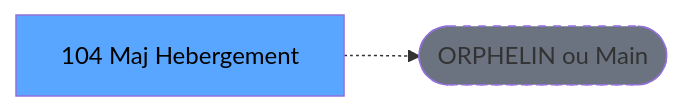
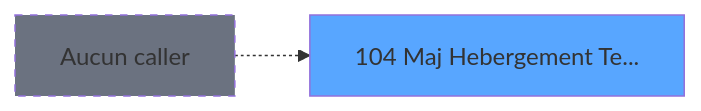
Before and after one commit to thonyAGP/lecteur-magic: the second of 3 diagrams in .openspec/specs/ADH-IDE-104.md, drawn with Mermaid. The commit also changed other lines of this file and 96 other files, not shown here.

````diff
--- a/.openspec/specs/ADH-IDE-104.md
+++ b/.openspec/specs/ADH-IDE-104.md
@@ -118,8 +161,8 @@
 ```mermaid
 graph LR
-    T[104 Maj Hebergement]
-    ORPHAN([ORPHELIN ou Main])
-    T -.-> ORPHAN
-    style T fill:#58a6ff,color:#000
-    style ORPHAN fill:#6b7280,stroke-dasharray: 5 5
+    T104[104 Maj Hebergement Te...]
+    style T104 fill:#58a6ff
+    NONE[Aucun caller]
+    NONE -.-> T104
+    style NONE fill:#6b7280,stroke-dasharray: 5 5
 ```
````
